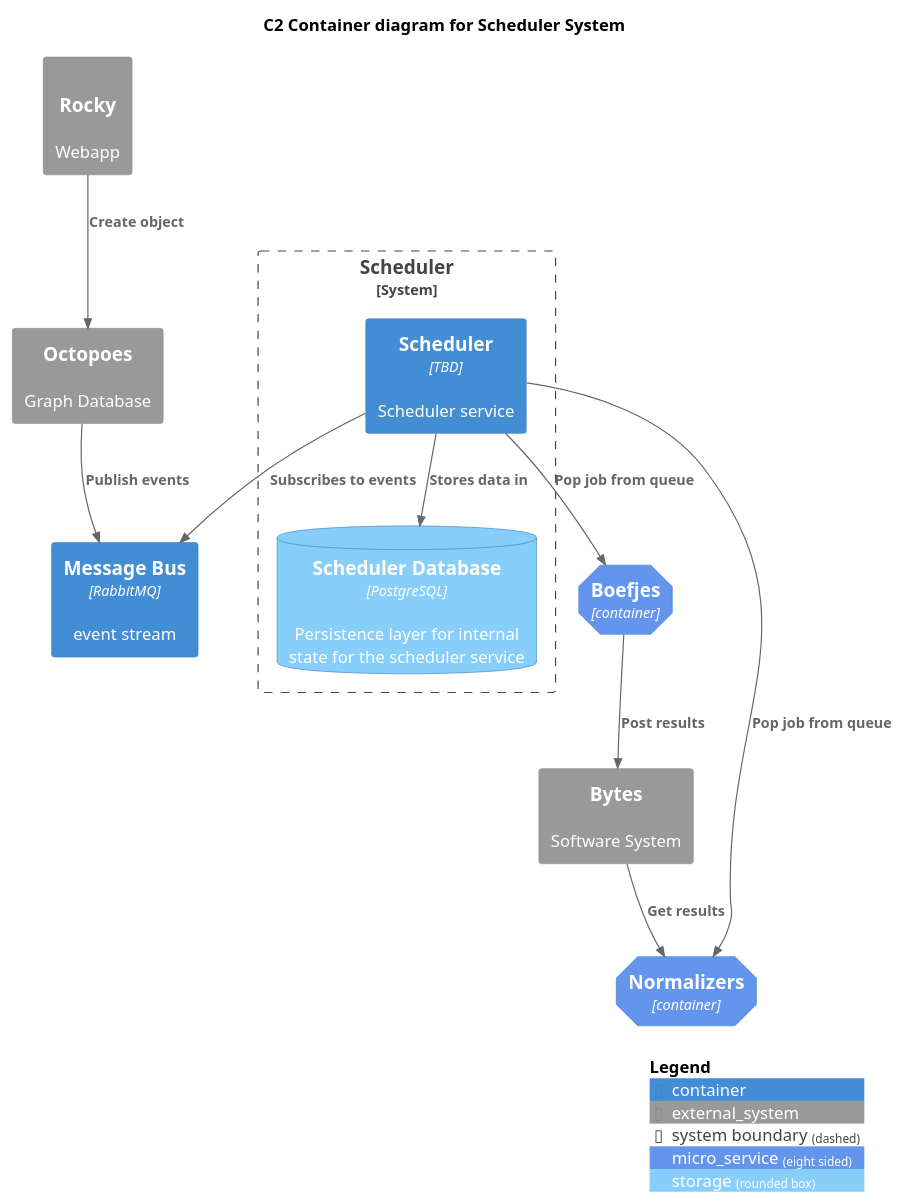
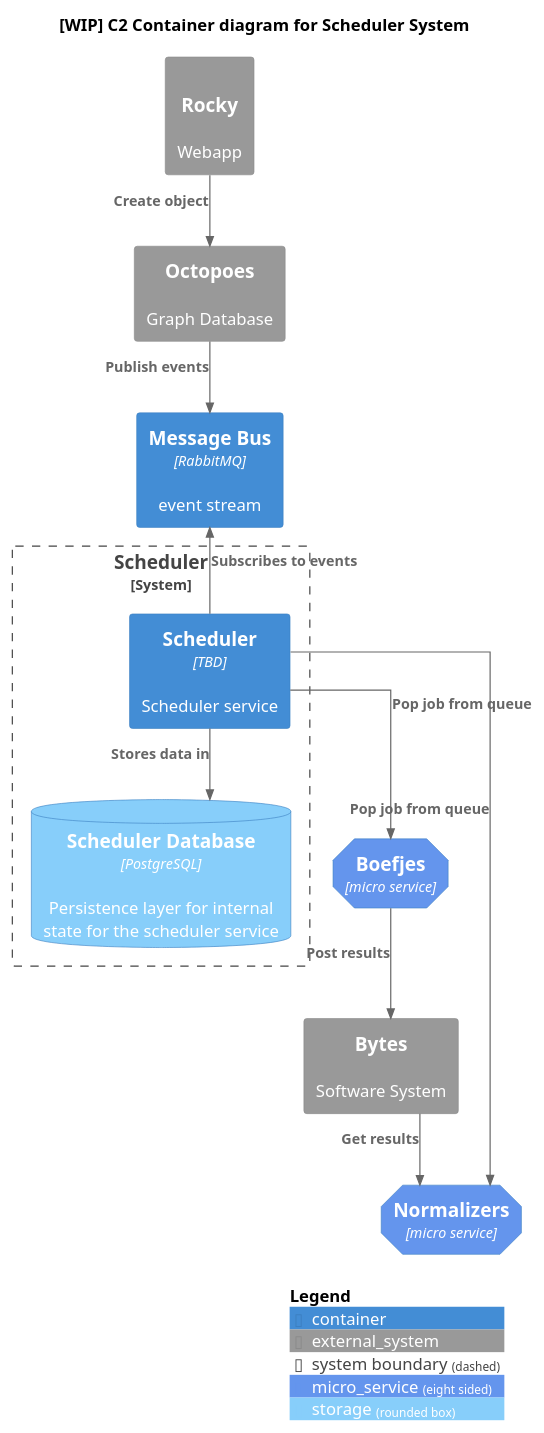
The diagram in docs/c2_container_diagram.puml (minvws/nl-kat-mula), drawn with PlantUML before and after one commit. The commit also changed 3 other files, not shown here.

Commit message:
Add C4 model diagrams

```diff
--- a/docs/c2_container_diagram.puml
+++ b/docs/c2_container_diagram.puml
@@ -1,42 +1,44 @@
 @startuml
 !include https://raw.githubusercontent.com/plantuml-stdlib/C4-PlantUML/master/C4_Container.puml
+
+skinparam linetype ortho
 
 AddElementTag("micro_service", $shape=EightSidedShape(), $bgColor="CornflowerBlue", $fontColor="white")
 AddElementTag("storage", $shape=RoundedBoxShape(), $bgColor="lightSkyBlue", $fontColor="white")
 
-Title C2 Container diagram for Scheduler System
+Title [WIP] C2 Container diagram for Scheduler System
 
 System_Boundary(c1, "Scheduler") {
   Container(scheduler, "Scheduler", "TBD", "Scheduler service")
   ContainerDb(scheduler_db, "Scheduler Database", "PostgreSQL", "Persistence layer for internal state for the scheduler service", $tags = "storage")
 }
 
 Container(message_bus, "Message Bus", "RabbitMQ", "event stream")
-Container(boefjes, "Boefjes", "container", "", $tags = "micro_service")
-Container(normalizers, "Normalizers", "container", "", $tags = "micro_service")
+Container(boefjes, "Boefjes", "micro service", "", $tags = "micro_service")
+Container(normalizers, "Normalizers", "micro service", "", $tags = "micro_service")
 
 System_Ext(bytes, "Bytes", "Software System")
 System_Ext(octopoes, "Octopoes", "Graph Database")
 System_Ext(rocky, "Rocky", "Webapp", "Webapp")
 ' System_Ext(katalogus, "Katalogus", "Software System")
 
-Rel(scheduler, message_bus, "Subscribes to events")
+Rel_Up(scheduler, message_bus, "Subscribes to events")
 Rel(scheduler, scheduler_db, "Stores data in")
 
 Rel(scheduler, normalizers, "Pop job from queue")
 Rel(scheduler, boefjes, "Pop job from queue")
 
 Rel(boefjes, bytes, "Post results")
 Rel(bytes, normalizers, "Get results")
 
 Rel(octopoes, message_bus, "Publish events")
 Rel(rocky, octopoes, "Create object")
 
 ' Rel(octopoes, scheduler, "Reference for calculation")
 ' Rel(bytes, scheduler, "Reference for calculation")
 ' Rel(katalogus, scheduler, "Reference for calculation")
 ' Rel(rocky, scheduler, "Reference for calculation")
 
 SHOW_LEGEND()
 
 @enduml
```
